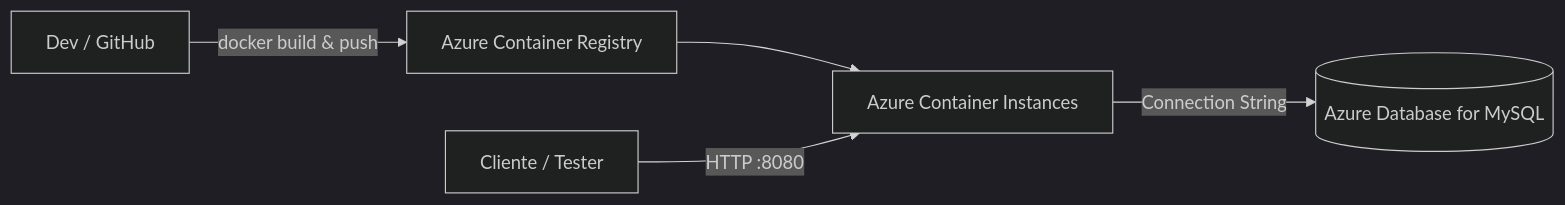
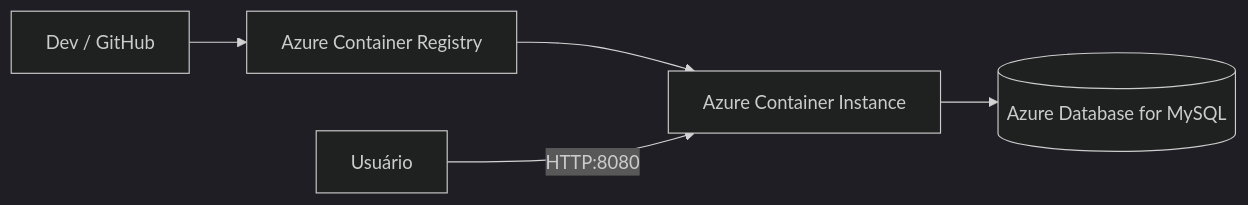
The diagram in README.md (Davignz/Challenge-Devops-Sprint3), drawn with Mermaid (dark theme) before and after one commit. The commit also changed other lines of this file and 8 other files, not shown here.

````diff
--- a/README.md
+++ b/README.md
@@ -16,7 +16,7 @@
 ```mermaid
 flowchart LR
-  Dev[Dev / GitHub] -->|docker build & push| ACR[Azure Container Registry]
-  ACR --> ACI[Azure Container Instances]
-  ACI -->|Connection String| MySQL[(Azure Database for MySQL)]
-  User[Cliente / Tester] -->|HTTP :8080| ACI
+  Dev[Dev / GitHub] --> ACR[Azure Container Registry]
+  ACR --> ACI[Azure Container Instance]
+  ACI --> MySQL[(Azure Database for MySQL)]
+  User[Usuário] -->|HTTP:8080| ACI
 ```
````
